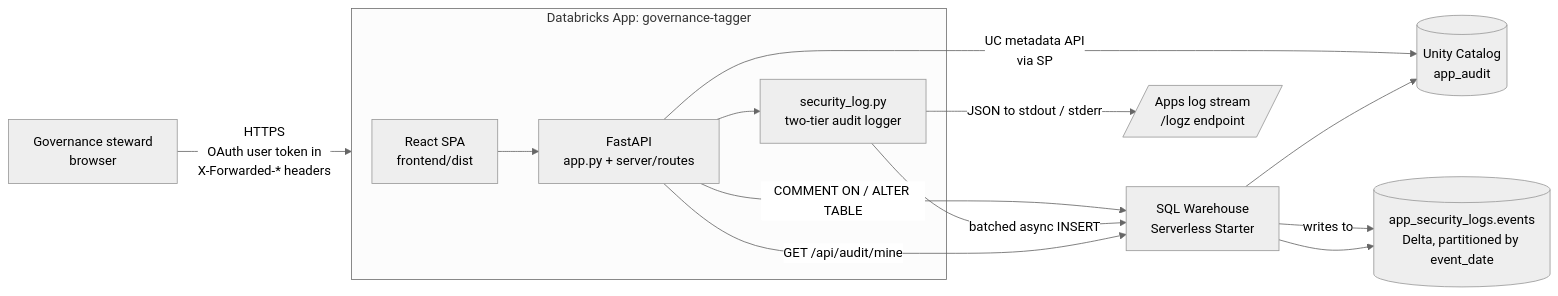
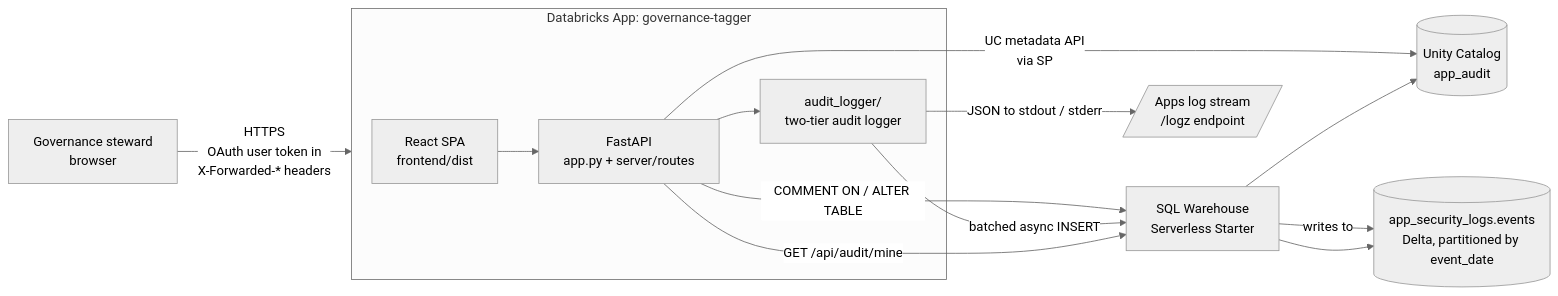
Before and after one commit to ryan-rabold-databricks/governance-tagger: the diagram in ARCHITECTURE.md, drawn with Mermaid (neutral theme). The commit also changed other lines of this file and 6 other files, not shown here.

First line of the commit message:
Replace server/security_log.py with audit_logger drop-in package

````diff
--- a/ARCHITECTURE.md
+++ b/ARCHITECTURE.md
@@ -50,19 +51,19 @@
 ```mermaid
 flowchart LR
     User[Governance steward<br/>browser] -->|HTTPS<br/>OAuth user token in<br/>X-Forwarded-* headers| App
     subgraph App[Databricks App: governance-tagger]
         FE[React SPA<br/>frontend/dist]
         BE[FastAPI<br/>app.py + server/routes]
-        LOG[security_log.py<br/>two-tier audit logger]
+        LOG[audit_logger/<br/>two-tier audit logger]
         FE --> BE
         BE --> LOG
     end
     BE -->|UC metadata API<br/>via SP| UC[(Unity Catalog<br/>app_audit)]
     BE -->|COMMENT ON / ALTER TABLE| WH[SQL Warehouse<br/>Serverless Starter]
     WH --> UC
     LOG -->|JSON to stdout / stderr| Logs[/Apps log stream<br/>/logz endpoint/]
     LOG -->|batched async INSERT| WH
     WH -->|writes to| Audit[(app_security_logs.events<br/>Delta, partitioned by event_date)]
     BE -->|"GET /api/audit/mine"| WH
     WH --> Audit
 ```
````
